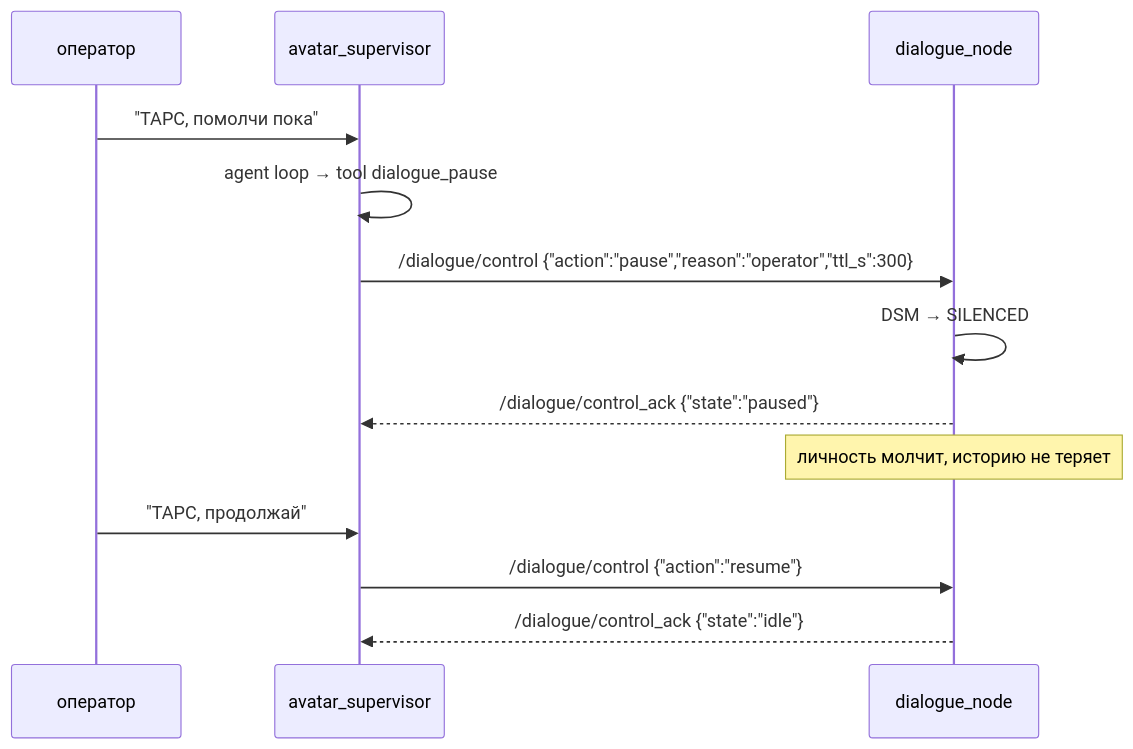
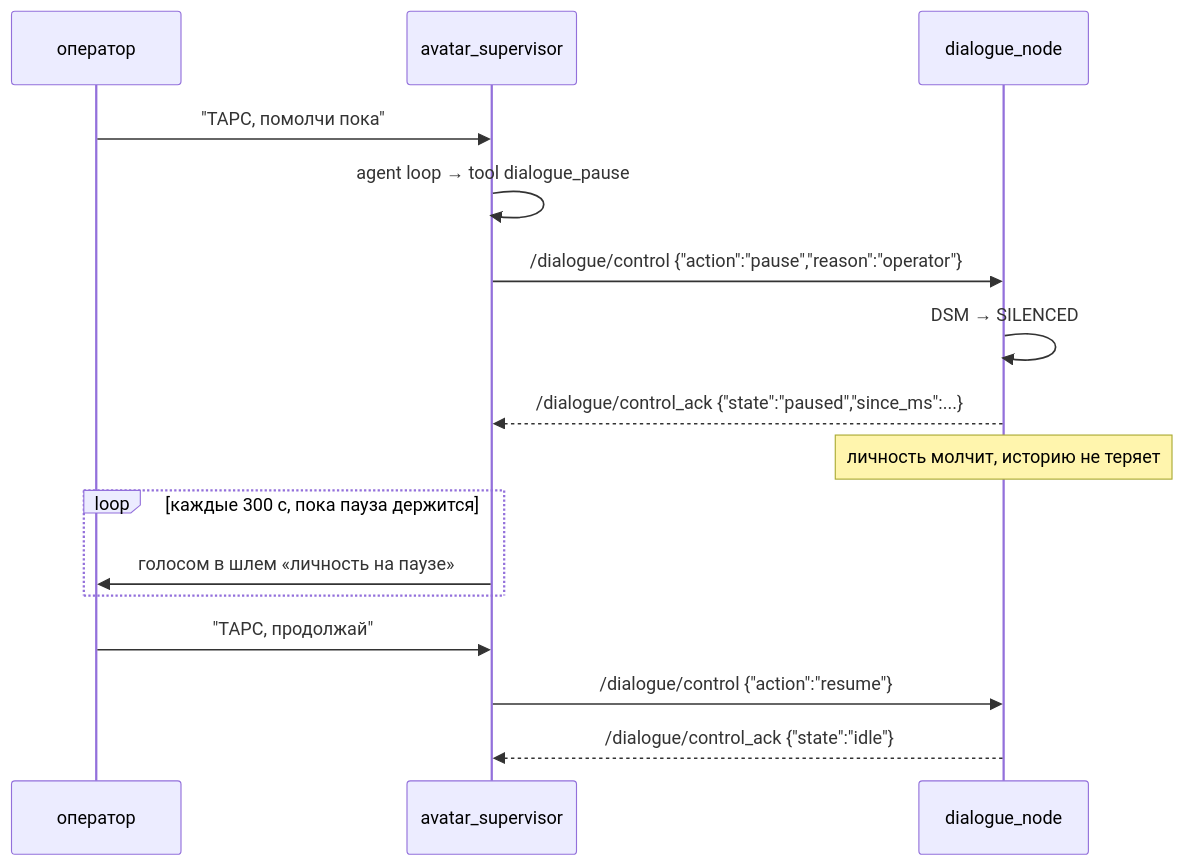
Before and after one commit to krikz/rob_box_project: the third of 7 diagrams in docs/architecture/target-operator-agent-and-dialogue.md, drawn with Mermaid. The commit also changed other lines of this file and 2 other files, not shown here.

First line of the commit message:
docs(architecture): целевая после трёх раундов разбора + CONTEXT.md + честный статус планировщика

````diff
--- a/docs/architecture/target-operator-agent-and-dialogue.md
+++ b/docs/architecture/target-operator-agent-and-dialogue.md
@@ -562,15 +690,18 @@
 ```mermaid
 sequenceDiagram
   participant OP as оператор
   participant OA as avatar_supervisor
   participant DN as dialogue_node
   OP->>OA: "ТАРС, помолчи пока"
   OA->>OA: agent loop → tool dialogue_pause
-  OA->>DN: /dialogue/control {"action":"pause","reason":"operator","ttl_s":300}
+  OA->>DN: /dialogue/control {"action":"pause","reason":"operator"}
   DN->>DN: DSM → SILENCED
-  DN-->>OA: /dialogue/control_ack {"state":"paused"}
+  DN-->>OA: /dialogue/control_ack {"state":"paused","since_ms":...}
   Note over DN: личность молчит, историю не теряет
+  loop каждые 300 с, пока пауза держится
+    OA->>OP: голосом в шлем «личность на паузе»
+  end
   OP->>OA: "ТАРС, продолжай"
   OA->>DN: /dialogue/control {"action":"resume"}
   DN-->>OA: /dialogue/control_ack {"state":"idle"}
 ```
````
